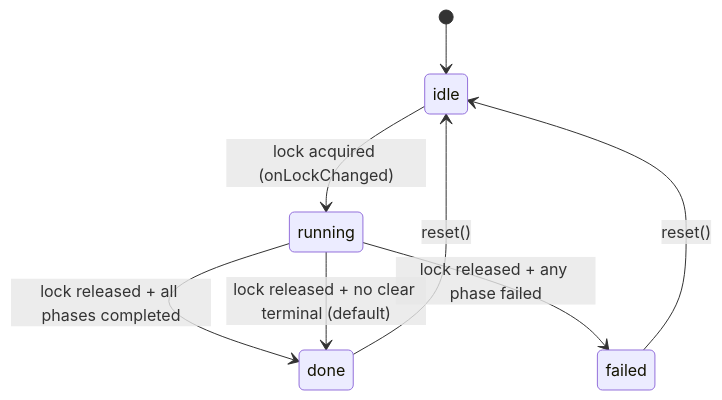
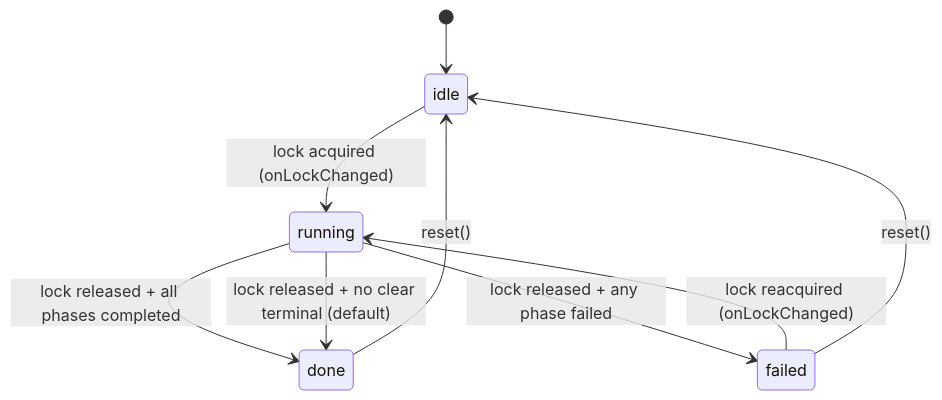
One commit to chmc/oxveil changed the first of 3 diagrams in docs/workflow/states.md. Above: the diagram before and after it, drawn with Mermaid. The commit also changed other lines of this file and 4 other files, not shown here.

First line of the commit message:
fix: handle orphan all-completed and failed→running transitions (#28)

````diff
--- a/docs/workflow/states.md
+++ b/docs/workflow/states.md
@@ -37,11 +37,12 @@
 ```mermaid
 stateDiagram-v2
     [*] --> idle
 
     idle --> running : lock acquired (onLockChanged)
     running --> done : lock released + all phases completed
     running --> failed : lock released + any phase failed
     running --> done : lock released + no clear terminal (default)
+    failed --> running : lock reacquired (onLockChanged)
     done --> idle : reset()
     failed --> idle : reset()
 ```
````
